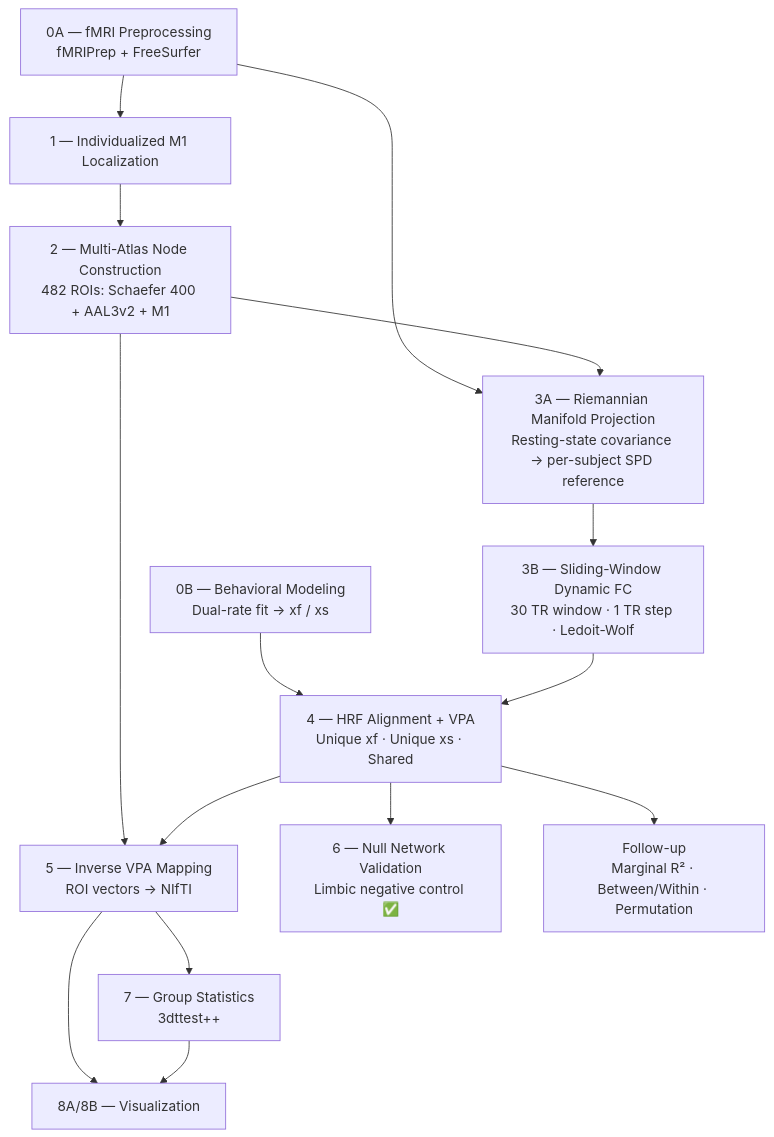
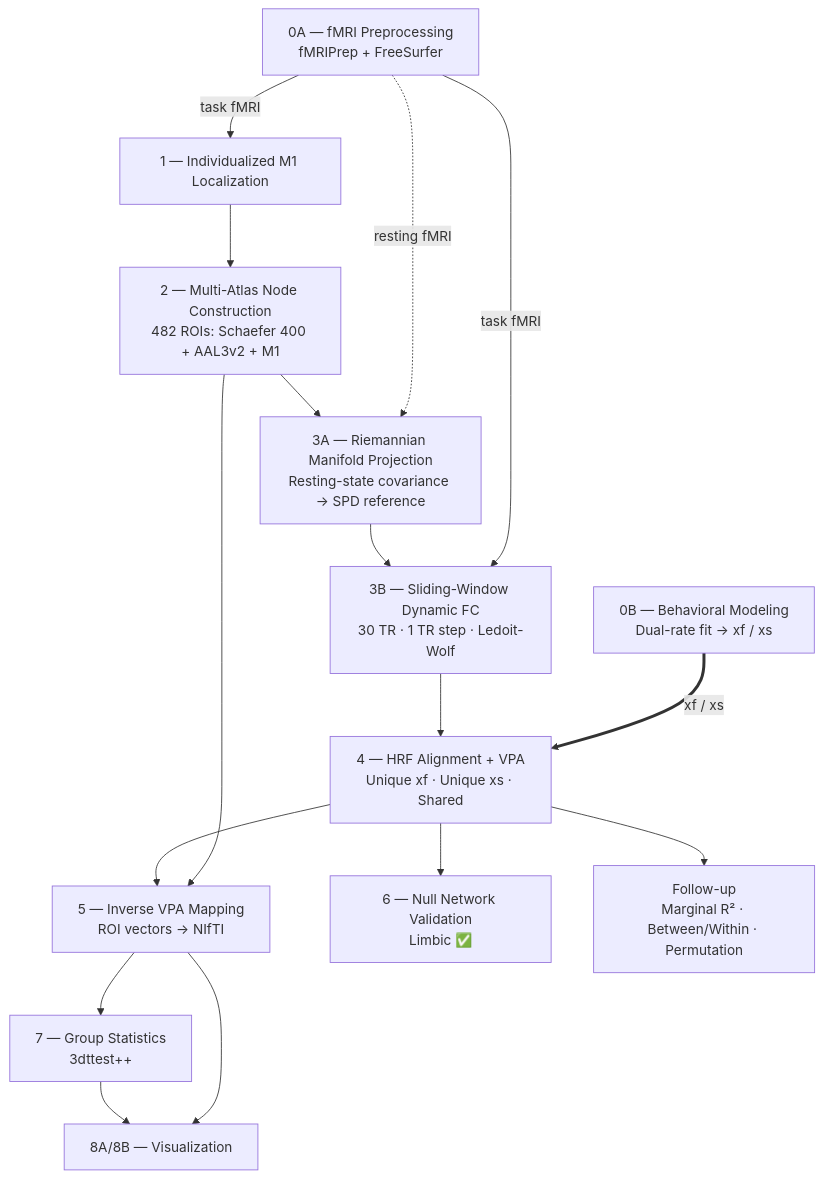
One commit to lepus071/2026_brainhack_li_project changed the diagram in README.md. Above: the diagram before and after it, drawn with Mermaid. The commit also changed other lines of this file, not shown here.

Commit message:
Update pipeline flowchart with branching structure

````diff
--- a/README.md
+++ b/README.md
@@ -136,17 +136,31 @@
 ```mermaid
 flowchart TD
-    A["0A — fMRI Preprocessing\nfMRIPrep + FreeSurfer"] --> C["1 — Individualized M1 Localization"]
-    A --> E
-    B["0B — Behavioral Modeling\nDual-rate fit → xf / xs"] --> G
-    C --> D["2 — Multi-Atlas Node Construction\n482 ROIs: Schaefer 400 + AAL3v2 + M1"]
-    D --> E["3A — Riemannian Manifold Projection\nResting-state covariance → per-subject SPD reference"]
+    A["0A — fMRI Preprocessing\nfMRIPrep + FreeSurfer"]
+    B["0B — Behavioral Modeling\nDual-rate fit → xf / xs"]
+    C["1 — Individualized M1 Localization"]
+    D["2 — Multi-Atlas Node Construction\n482 ROIs: Schaefer 400 + AAL3v2 + M1"]
+    E["3A — Riemannian Manifold Projection\nResting-state covariance → SPD reference"]
+    F["3B — Sliding-Window Dynamic FC\n30 TR · 1 TR step · Ledoit-Wolf"]
+    G["4 — HRF Alignment + VPA\nUnique xf · Unique xs · Shared"]
+    H["5 — Inverse VPA Mapping\nROI vectors → NIfTI"]
+    I["6 — Null Network Validation\nLimbic ✅"]
+    J["7 — Group Statistics\n3dttest++"]
+    K["8A/8B — Visualization"]
+    L["Follow-up\nMarginal R² · Between/Within · Permutation"]
+
+    A -. resting fMRI .-> E
+    A -- task fMRI --> C
+    A -- task fMRI --> F
+    B == xf / xs ==> G
+    C --> D
+    D --> E
     D --> H
-    E --> F["3B — Sliding-Window Dynamic FC\n30 TR window · 1 TR step · Ledoit-Wolf"]
-    F --> G["4 — HRF Alignment + VPA\nUnique xf · Unique xs · Shared"]
-    G --> H["5 — Inverse VPA Mapping\nROI vectors → NIfTI"]
-    G --> I["6 — Null Network Validation\nLimbic negative control ✅"]
-    G --> L["Follow-up\nMarginal R² · Between/Within · Permutation"]
-    H --> J["7 — Group Statistics\n3dttest++"]
-    H --> K["8A/8B — Visualization"]
+    E --> F
+    F --> G
+    G --> H
+    G --> I
+    G --> L
+    H --> J
+    H --> K
     J --> K
 ```
````
